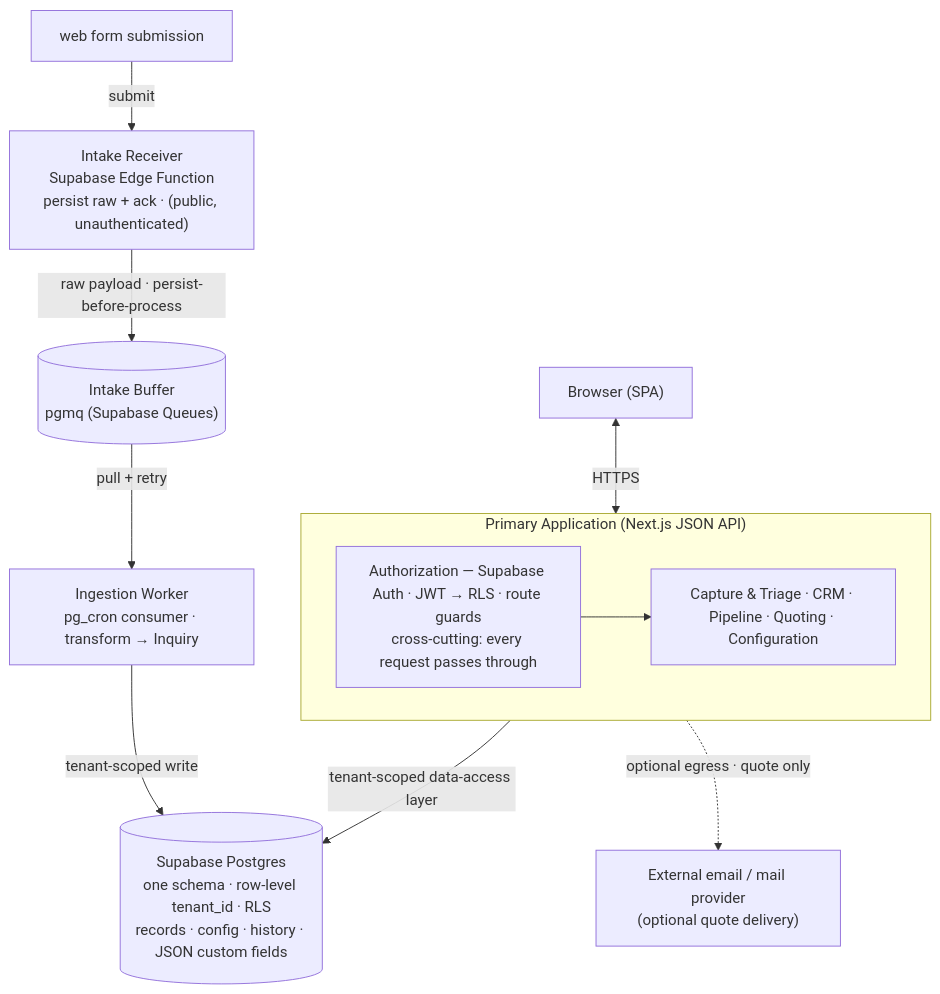
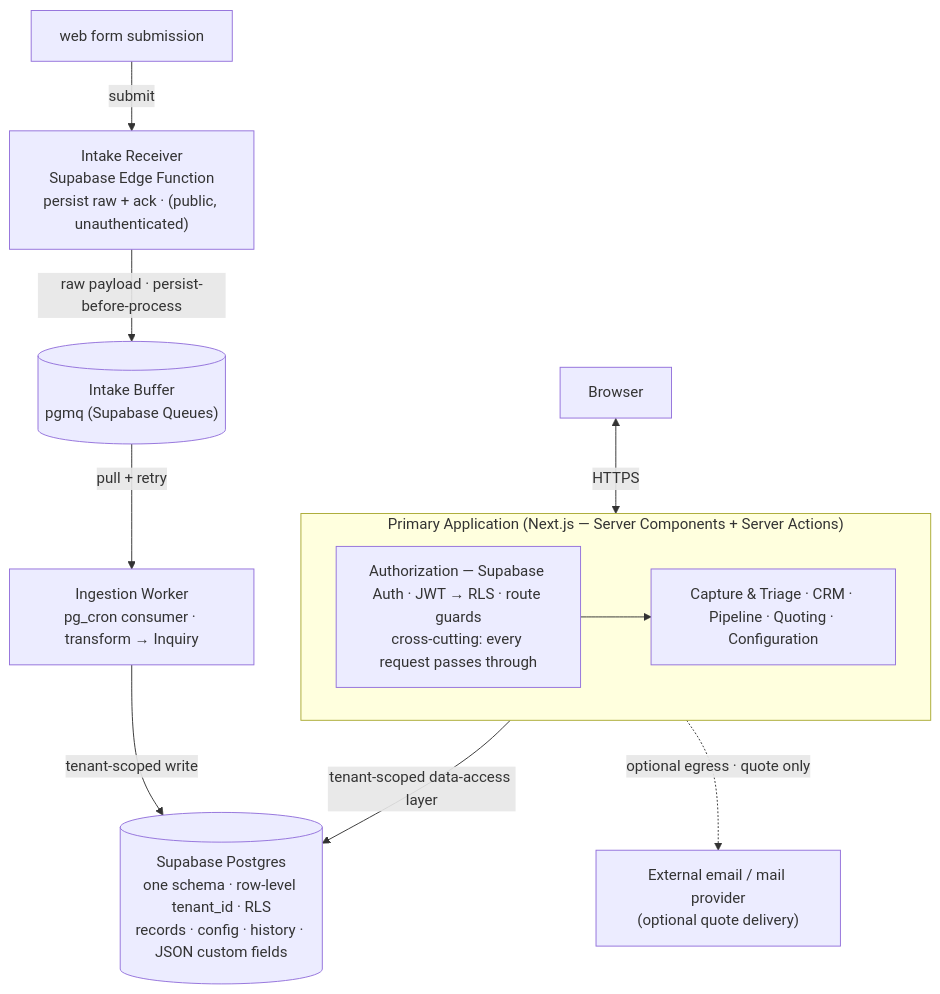
The first of 3 diagrams in docs/ARCHITECTURE.md (Cueserve/cs-cueviksync), drawn with Mermaid before and after one commit. The commit also changed other lines of this file and 85 other files, not shown here.

````diff
--- a/docs/ARCHITECTURE.md
+++ b/docs/ARCHITECTURE.md
@@ -52,26 +52,26 @@
 ```mermaid
 flowchart TB
     form["web form submission"]
-    browser["Browser (SPA)"]
+    browser["Browser"]
 
     receiver["Intake Receiver<br/>Supabase Edge Function<br/>persist raw + ack · (public, unauthenticated)"]
     buffer[("Intake Buffer<br/>pgmq (Supabase Queues)")]
     worker["Ingestion Worker<br/>pg_cron consumer · transform → Inquiry"]
 
-    subgraph app["Primary Application (Next.js JSON API)"]
+    subgraph app["Primary Application (Next.js — Server Components + Server Actions)"]
         authz["Authorization — Supabase Auth · JWT → RLS · route guards<br/>cross-cutting: every request passes through"]
         modules["Capture &amp; Triage · CRM · Pipeline · Quoting · Configuration"]
         authz --> modules
     end
 
     store[("Supabase Postgres<br/>one schema · row-level tenant_id · RLS<br/>records · config · history · JSON custom fields")]
     ext["External email / mail provider<br/>(optional quote delivery)"]
 
     form -->|"submit"| receiver
     receiver -->|"raw payload · persist-before-process"| buffer
     buffer -->|"pull + retry"| worker
     worker -->|"tenant-scoped write"| store
     browser <-->|"HTTPS"| app
     app -->|"tenant-scoped data-access layer"| store
     app -.->|"optional egress · quote only"| ext
 ```
````
